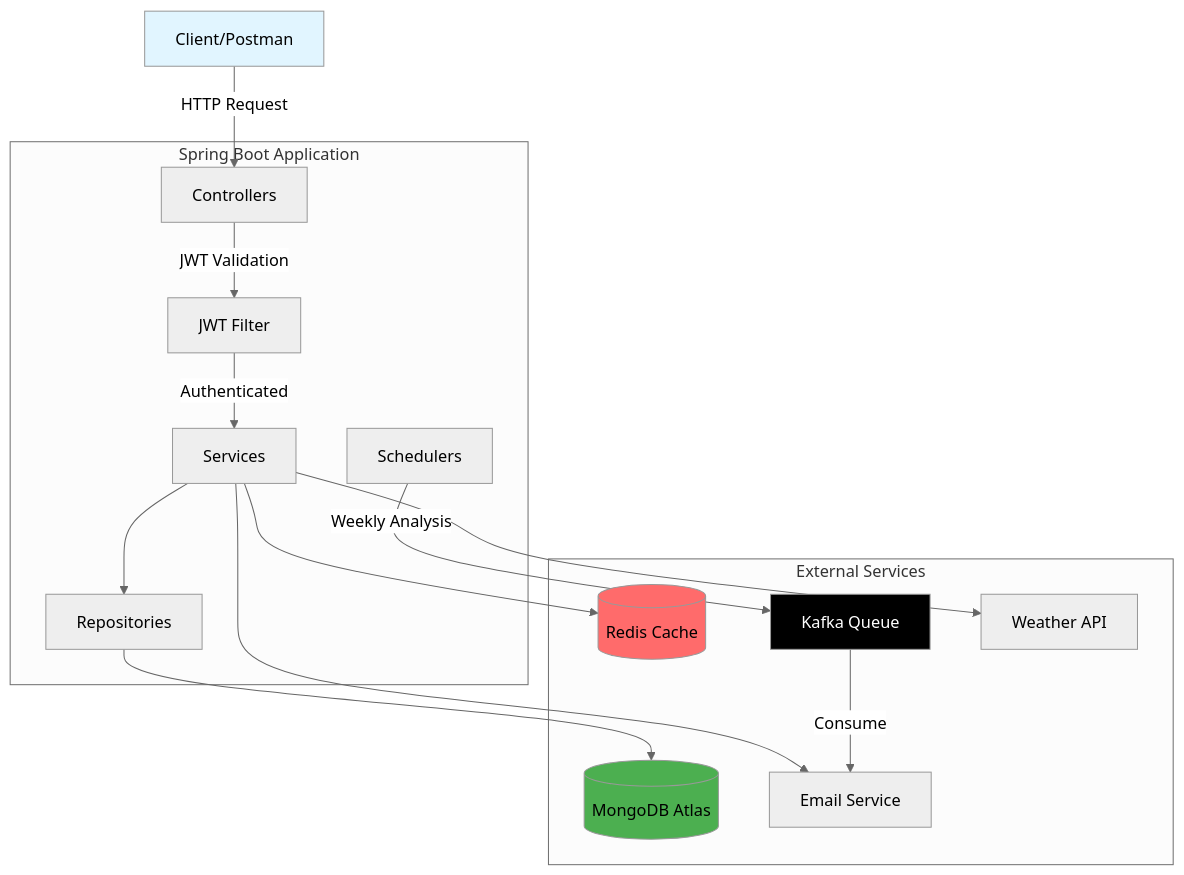
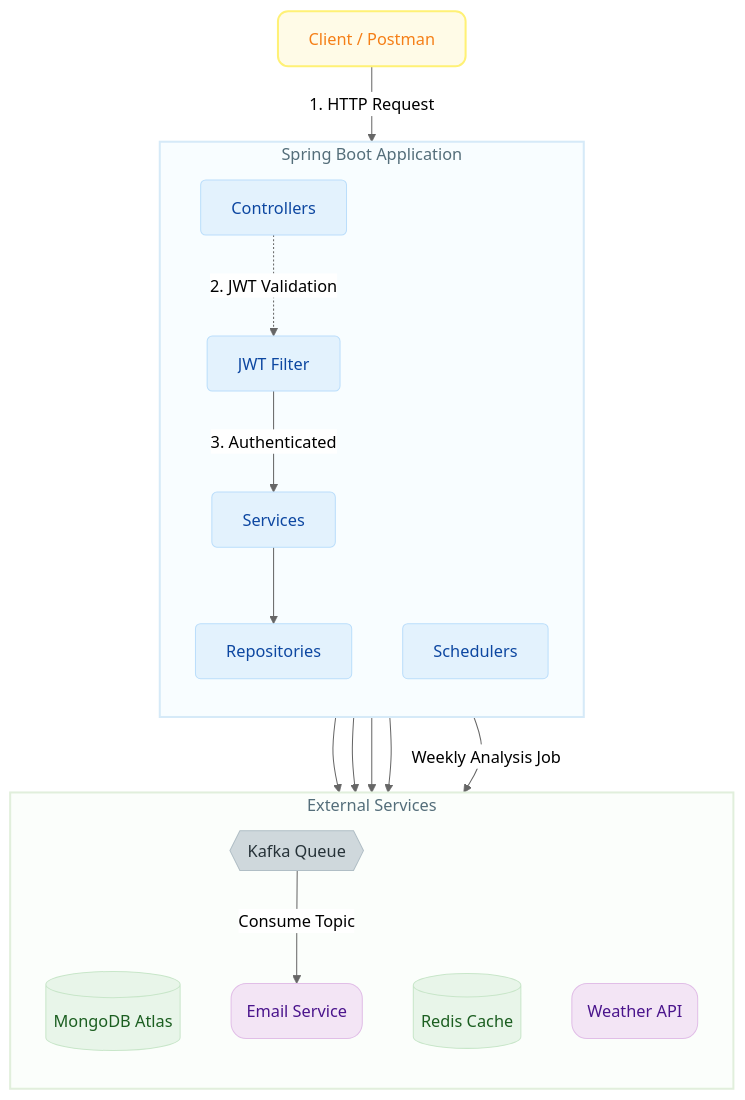
The diagram in README.md (LoopMaster99/MindScribe), drawn with Mermaid (neutral theme) before and after one commit.

````diff
--- a/README.md
+++ b/README.md
@@ -36,36 +36,43 @@
 ```mermaid
 graph TB
-    Client[Client/Postman]
-    
-    subgraph "Spring Boot Application"
-        Controller[Controllers]
-        Filter[JWT Filter]
-        Service[Services]
-        Repository[Repositories]
-        Scheduler[Schedulers]
+    %% --- Configuration and Class Definitions ---
+    classDef internal fill:#e3f2fd,stroke:#bbdefb,stroke-width:1px,color:#0d47a1,rx:5,ry:5;
+    classDef database fill:#e8f5e9,stroke:#c8e6c9,stroke-width:1px,color:#1b5e20,rx:5,ry:5;
+    classDef external fill:#f3e5f5,stroke:#e1bee7,stroke-width:1px,color:#4a148c,rx:15,ry:15;
+    classDef queue fill:#cfd8dc,stroke:#b0bec5,stroke-width:1px,color:#263238;
+    classDef client fill:#fffbe7,stroke:#fff176,stroke-width:2px,color:#f57f17,rx:10,ry:10;
+
+    Client[Client / Postman]:::client
+   
+    subgraph sb ["Spring Boot Application"]
+        direction TB
+        Controller[Controllers]:::internal
+        Filter[JWT Filter]:::internal
+        Service[Services]:::internal
+        Repository[Repositories]:::internal
+        Scheduler[Schedulers]:::internal
     end
-    
-    subgraph "External Services"
-        MongoDB[(MongoDB Atlas)]
-        Redis[(Redis Cache)]
-        Kafka[Kafka Queue]
-        Weather[Weather API]
-        Email[Email Service]
+   
+    subgraph ext ["External Services"]
+        direction TB
+        MongoDB[(MongoDB Atlas)]:::database
+        Redis[(Redis Cache)]:::database
+        Kafka{{Kafka Queue}}:::queue
+        Weather(Weather API):::external
+        Email(Email Service):::external
     end
-    
-    Client -->|HTTP Request| Controller
-    Controller -->|JWT Validation| Filter
-    Filter -->|Authenticated| Service
+
+    Client -->|1. HTTP Request| Controller
+    Controller -.->|2. JWT Validation| Filter
+    Filter -->|3. Authenticated| Service
     Service --> Repository
     Repository --> MongoDB
     Service --> Redis
     Service --> Weather
     Service --> Email
-    Scheduler -->|Weekly Analysis| Kafka
-    Kafka -->|Consume| Email
-    
-    style Client fill:#e1f5ff
-    style MongoDB fill:#4caf50
-    style Redis fill:#ff6b6b
-    style Kafka fill:#000000,color:#fff
+    Scheduler -->|Weekly Analysis Job| Kafka
+    Kafka -->|Consume Topic| Email
+   
+    style sb fill:#f8fdff,stroke:#d6eaf8,stroke-width:2px,color:#546e7a
+    style ext fill:#fbfefb,stroke:#e1efdc,stroke-width:2px,color:#546e7a
 ```
````
